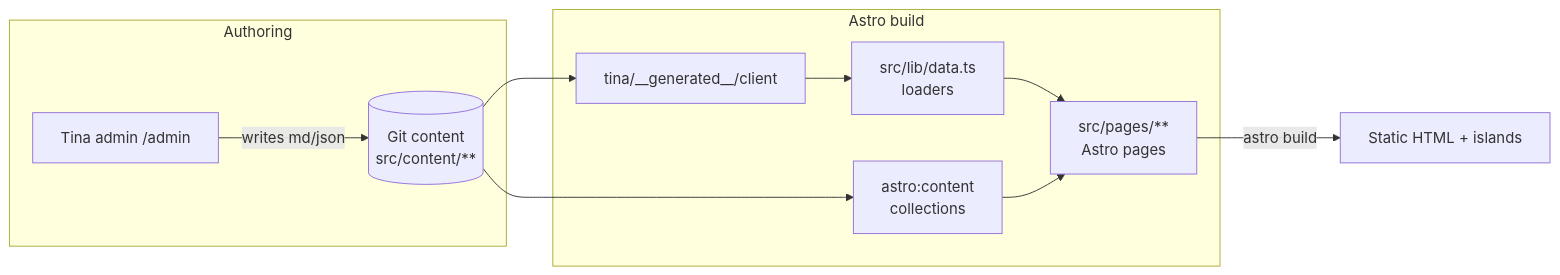
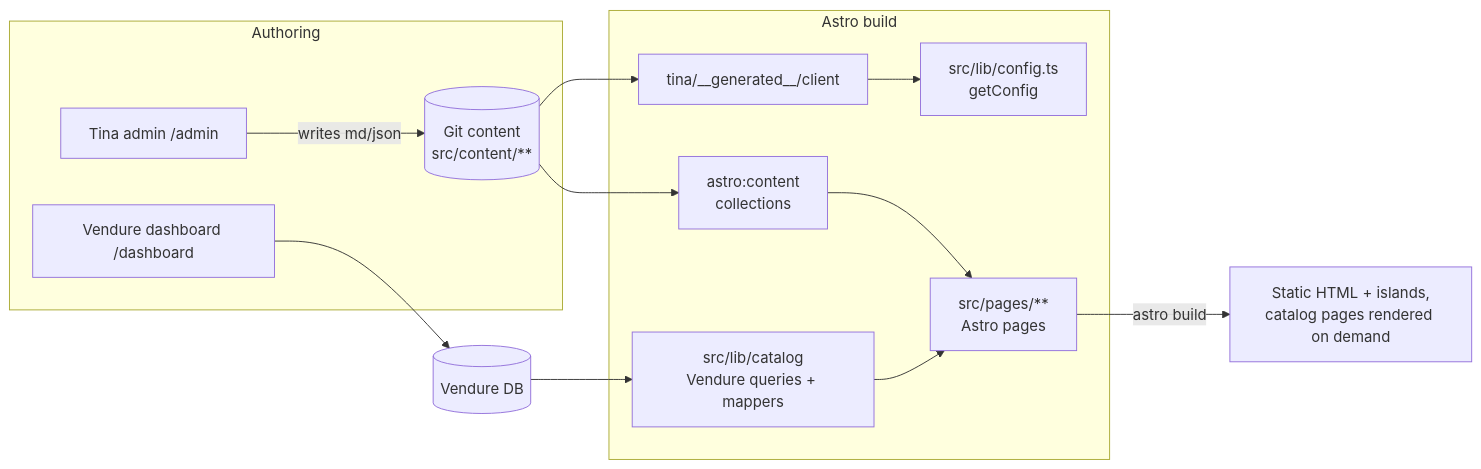
Before and after one commit to babasarok/babasarok-website: the diagram in docs/ARCHITECTURE.md, drawn with Mermaid. The commit also changed other lines of this file and 122 other files, not shown here.

````diff
--- a/docs/ARCHITECTURE.md
+++ b/docs/ARCHITECTURE.md
@@ -31,22 +32,26 @@
 ```mermaid
 flowchart LR
     subgraph Authoring
         TinaAdmin[Tina admin /admin]
+        Dash[Vendure dashboard /dashboard]
         Git[(Git content<br/>src/content/**)]
     end
     subgraph Build[Astro build]
         TinaClient[tina/__generated__/client]
-        Data[src/lib/data.ts<br/>loaders]
+        Config[src/lib/config.ts<br/>getConfig]
+        Catalog[src/lib/catalog<br/>Vendure queries + mappers]
+        Collections[astro:content<br/>collections]
         Pages[src/pages/**<br/>Astro pages]
-        Collections[astro:content<br/>collections]
     end
-    Browser[Static HTML + islands]
+    Browser[Static HTML + islands,<br/>catalog pages rendered on demand]
 
     TinaAdmin -->|writes md/json| Git
     Git --> TinaClient
+    TinaClient --> Config
     Git --> Collections
-    TinaClient --> Data
-    Data --> Pages
     Collections --> Pages
+    Dash --> VendureDB[(Vendure DB)]
+    VendureDB --> Catalog
+    Catalog --> Pages
     Pages -->|astro build| Browser
 ```
````
